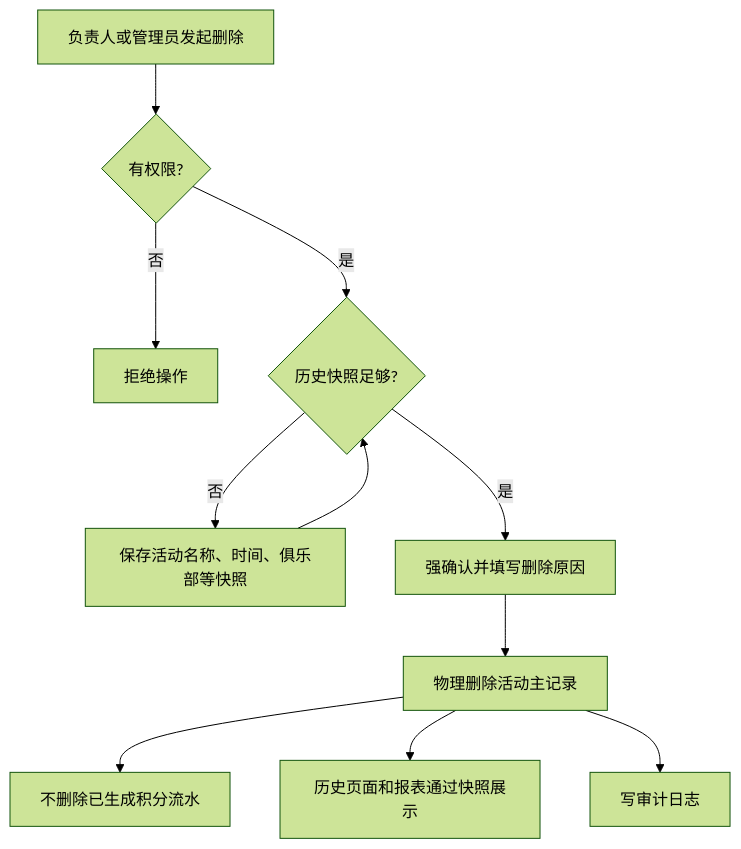
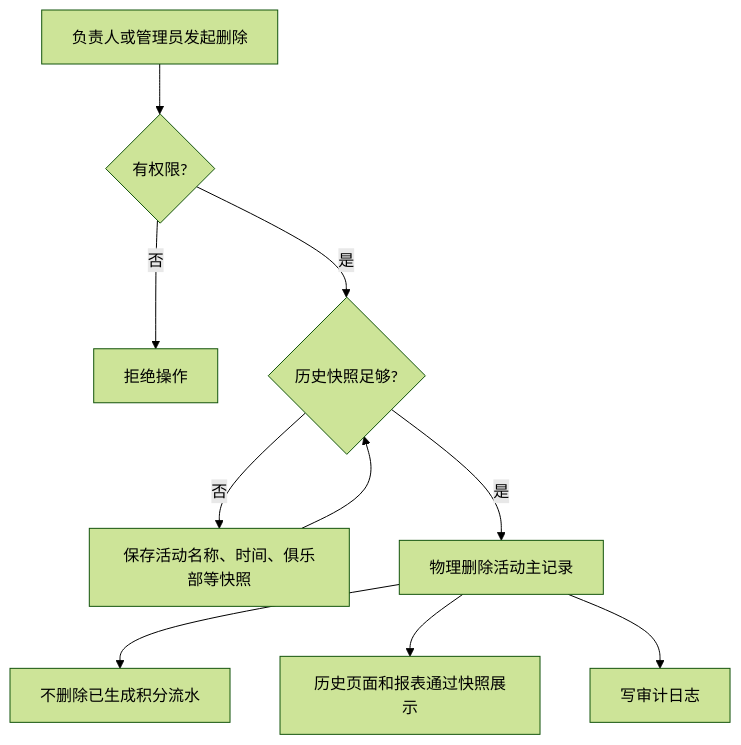
One commit to KianaMei/points changed the ninth of 41 diagrams in docs/club-points-flow-design.md. Above: the diagram before and after it, drawn with Mermaid (forest theme). The commit also changed other lines of this file and 2661 other files, not shown here.

````diff
--- a/docs/club-points-flow-design.md
+++ b/docs/club-points-flow-design.md
@@ -261,25 +237,24 @@
 ```mermaid
 flowchart TD
-    accTitle: Activity Physical Delete Flow
-    accDescr: Activity physical deletion is allowed only after snapshots preserve historical activity, ledger, report, and audit readability.
+    accTitle: 活动物理删除流程
+    accDescr: 展示活动允许物理删除，但必须先用快照保证历史活动、账本、报表和审计仍可读。
 
     delete_request["负责人或管理员发起删除"]
     permission_check{"有权限?"}
     reject["拒绝操作"]
     snapshot_check{"历史快照足够?"}
     write_snapshot["保存活动名称、时间、俱乐部等快照"]
-    strong_confirm["强确认并填写删除原因"]
     physical_delete["物理删除活动主记录"]
     keep_ledger["不删除已生成积分流水"]
     history_view["历史页面和报表通过快照展示"]
     audit["写审计日志"]
 
     delete_request --> permission_check
     permission_check -->|"否"| reject
     permission_check -->|"是"| snapshot_check
     snapshot_check -->|"否"| write_snapshot --> snapshot_check
-    snapshot_check -->|"是"| strong_confirm --> physical_delete
+    snapshot_check -->|"是"| physical_delete
     physical_delete --> keep_ledger
     physical_delete --> history_view
     physical_delete --> audit
 ```
````
